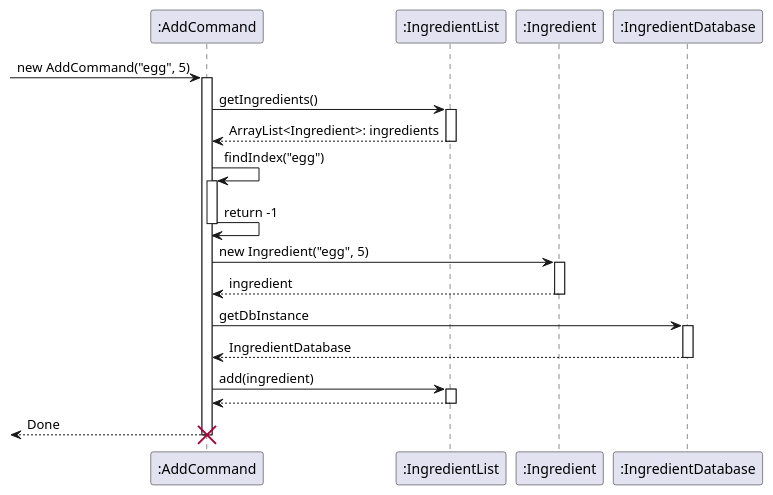
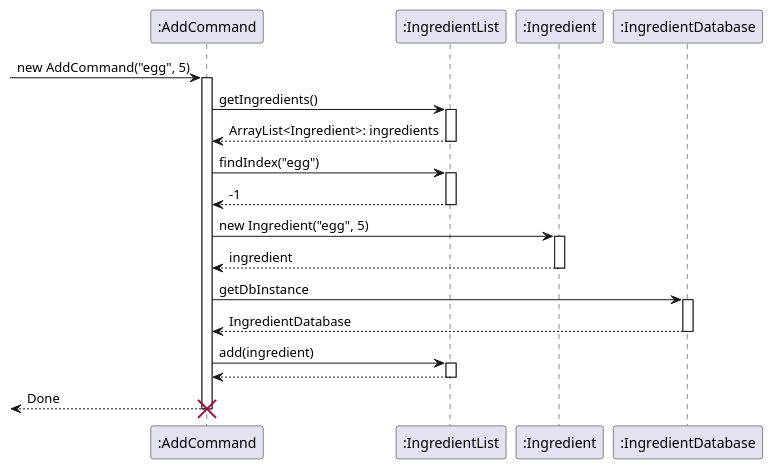
One commit to nus-cs2113-AY2223S2/tp changed the diagram in docs/UML diagrams/AddIngredientSequence.puml. Above: the diagram before and after it, drawn with PlantUML. The commit also changed 10 other files, not shown here.

```diff
--- a/docs/UML diagrams/AddIngredientSequence.puml
+++ b/docs/UML diagrams/AddIngredientSequence.puml
@@ -1,39 +1,37 @@
 @startuml
 'https://plantuml.com/sequence-diagram
 
 [-> ":AddCommand": new AddCommand("egg", 5)
 
 activate ":AddCommand"
 
 ":AddCommand" -> ":IngredientList": getIngredients()
 activate ":IngredientList"
 ":AddCommand" <-- ":IngredientList": ArrayList<Ingredient>: ingredients
 deactivate ":IngredientList"
 
-":AddCommand" -> ":AddCommand": findIndex("egg")
-activate ":AddCommand"
-
-":AddCommand" -> ":AddCommand": return -1
-
-deactivate ":AddCommand"
+":AddCommand" -> ":IngredientList": findIndex("egg")
+activate ":IngredientList"
+":AddCommand" <-- ":IngredientList": -1
+deactivate ":IngredientList"
 
 ":AddCommand" -> ":Ingredient": new Ingredient("egg", 5)
 activate ":Ingredient"
 ":AddCommand" <-- ":Ingredient": ingredient
 deactivate ":Ingredient"
 
 ":AddCommand" -> ":IngredientDatabase": getDbInstance
 activate ":IngredientDatabase"
 ":AddCommand" <-- ":IngredientDatabase": IngredientDatabase
 deactivate ":IngredientDatabase"
 
 ":AddCommand" -> ":IngredientList": add(ingredient)
 activate ":IngredientList"
 ":AddCommand" <-- ":IngredientList":
 deactivate ":IngredientList"
 
 [<-- ":AddCommand": Done
 destroy ":AddCommand"
 deactivate ":AddCommand"
 
 @enduml
```
